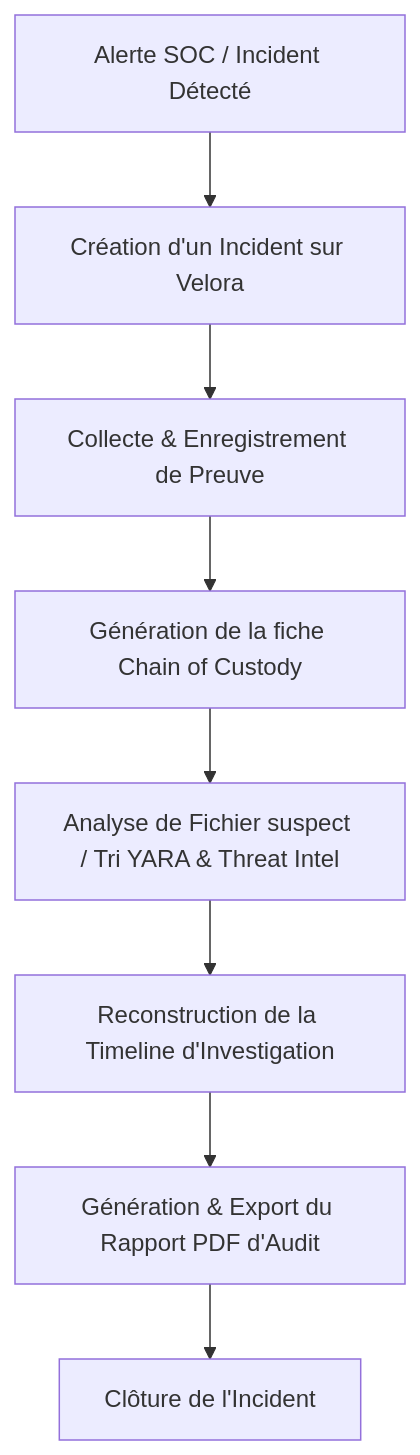
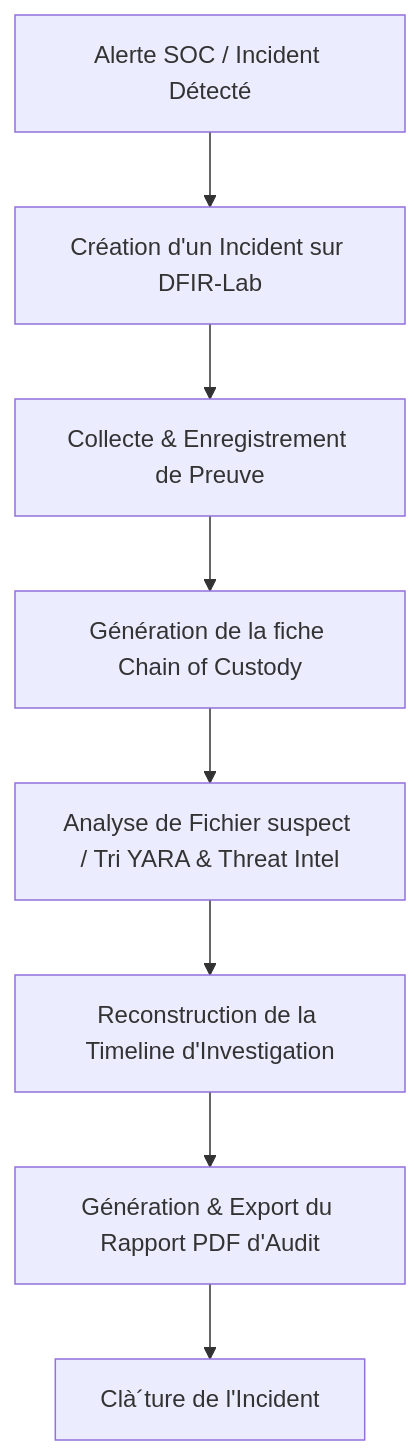
The diagram in docs/product_design.md (Airkid29/DIFR-Project), drawn with Mermaid before and after one commit. The commit also changed other lines of this file and 85 other files, not shown here.

Commit message:
refonte, velora -> DFIR-Lab

````diff
--- a/docs/product_design.md
+++ b/docs/product_design.md
@@ -37,10 +37,10 @@
 ```mermaid
 graph TD
-    A[Alerte SOC / Incident Détecté] --> B[Création d'un Incident sur Velora]
+    A[Alerte SOC / Incident Détecté] --> B[Création d'un Incident sur DFIR-Lab]
     B --> C[Collecte & Enregistrement de Preuve]
     C --> D[Génération de la fiche Chain of Custody]
     D --> E[Analyse de Fichier suspect / Tri YARA & Threat Intel]
     E --> F[Reconstruction de la Timeline d'Investigation]
     F --> G[Génération & Export du Rapport PDF d'Audit]
-    G --> H[Clôture de l'Incident]
+    G --> H[Clà´ture de l'Incident]
 ```
````
